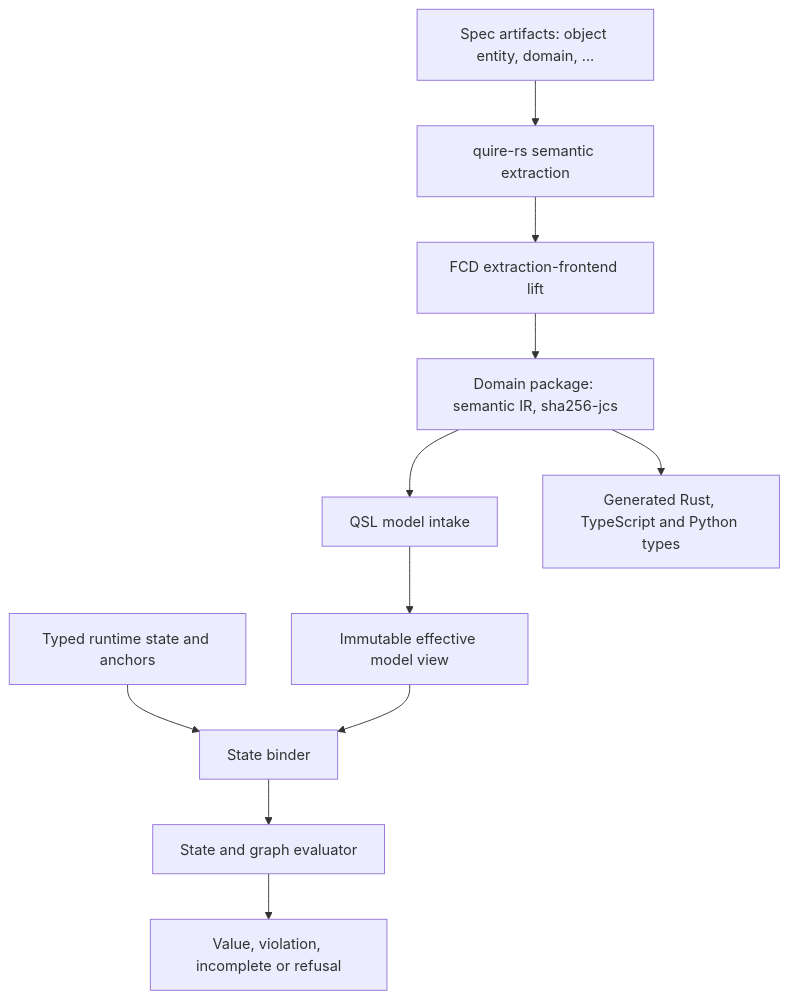
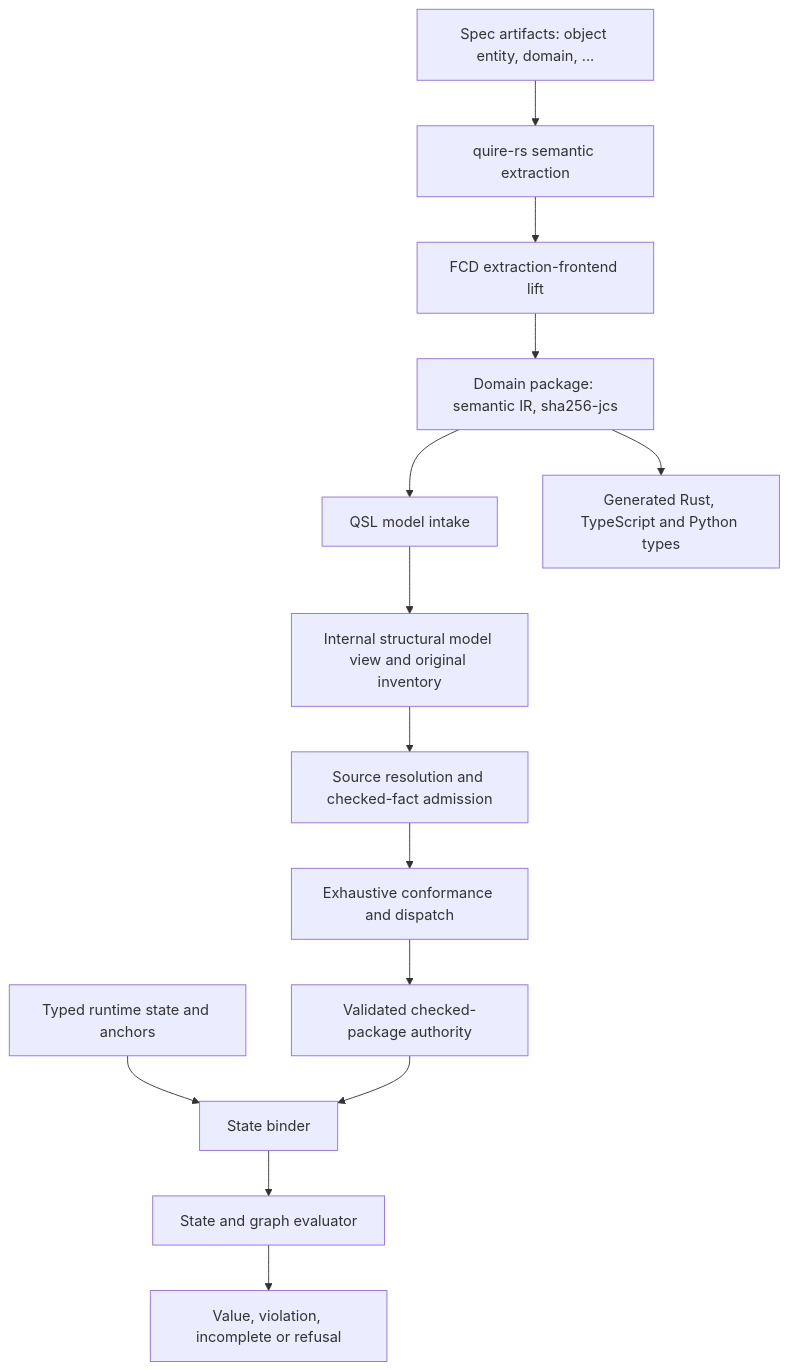
One commit to agent-ix/quire-specification changed the diagram in spec/assurance/AD-006-model-graph-state-contracts.md. Above: the diagram before and after it, drawn with Mermaid. The commit also changed other lines of this file and 5 other files, not shown here.

Commit message:
Specify checked-fact stage and exhaustive model conformance

````diff
--- a/spec/assurance/AD-006-model-graph-state-contracts.md
+++ b/spec/assurance/AD-006-model-graph-state-contracts.md
@@ -64,13 +64,16 @@
 ```mermaid
 flowchart TD
   A[Spec artifacts: object entity, domain, ...] --> X[quire-rs semantic extraction]
   X --> L[FCD extraction-frontend lift]
   L --> D[Domain package: semantic IR, sha256-jcs]
   D --> I[QSL model intake]
-  I --> M[Immutable effective model view]
+  I --> M[Internal structural model view and original inventory]
+  M --> CF[Source resolution and checked-fact admission]
+  CF --> CV[Exhaustive conformance and dispatch]
+  CV --> V[Validated checked-package authority]
   S[Typed runtime state and anchors] --> B[State binder]
-  M --> B
+  V --> B
   B --> E[State and graph evaluator]
   E --> R[Value, violation, incomplete or refusal]
   D --> G[Generated Rust, TypeScript and Python types]
 ```
````
